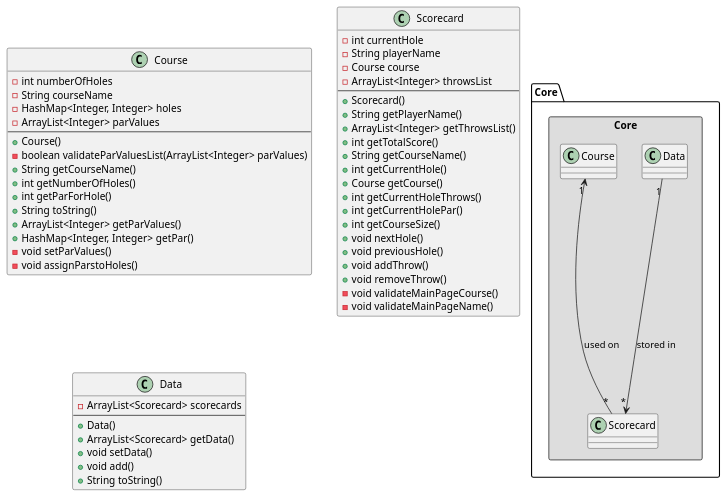
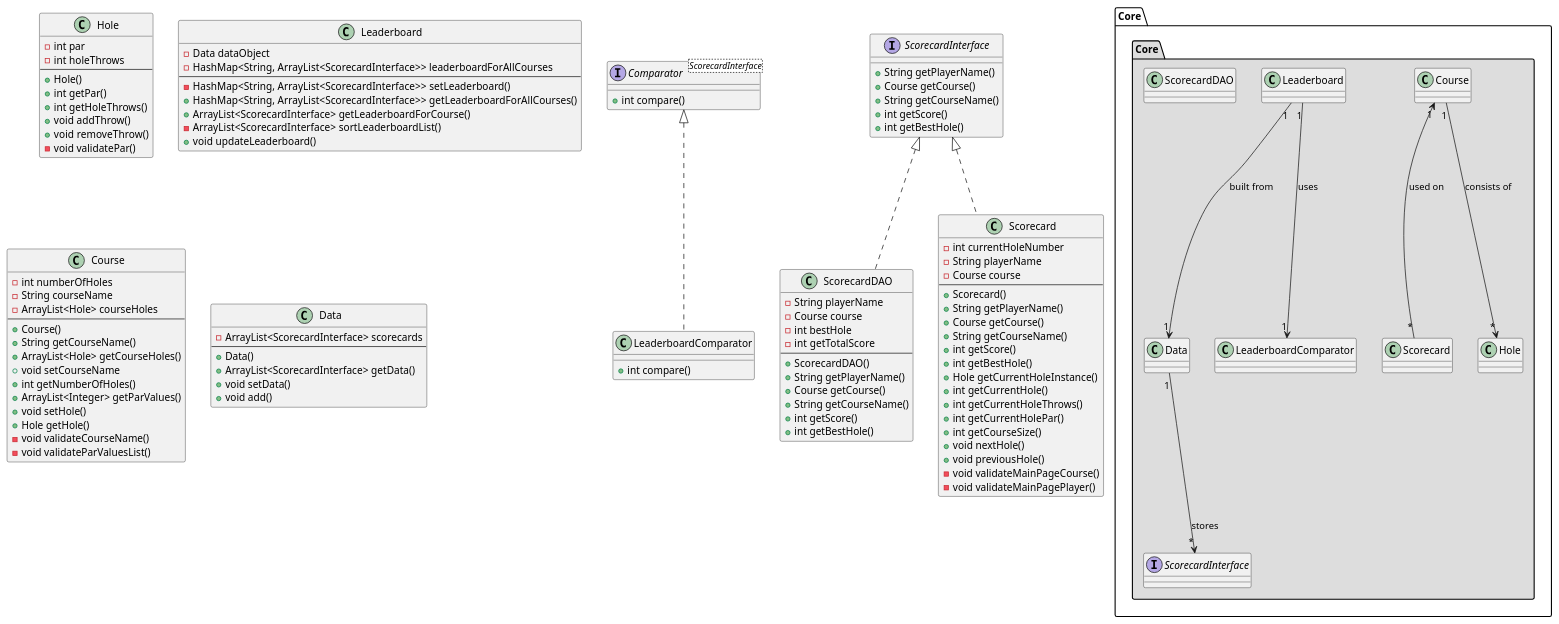
The diagram in docs/resources/diagramClass.plantuml (J0hans1/IT1901-DiscoGolf), drawn with PlantUML before and after one commit. The commit also changed 3 other files, not shown here.

First line of the commit message:
#103 Update PlantUML class-diagram for core module and add new .png

```diff
--- a/docs/resources/diagramClass.plantuml
+++ b/docs/resources/diagramClass.plantuml
@@ -1,60 +1,114 @@
 @startuml class
 
-package "Core.Core" <<rectangle>> #DDDDDD {
-    Data "1"-->"*" Scorecard : stored in
+package "Core.Core" <<folder>> #DDDDDD {
+    Data "1"-->"*" ScorecardInterface : stores
     Course "1"<--"*" Scorecard : used on
+    Course "1"-->"*" Hole : consists of
+    Leaderboard "1"-->"1" Data : built from
+    Leaderboard "1"-->"1" LeaderboardComparator : uses
+    class ScorecardDAO
+    interface ScorecardInterface
+}
+
+class Hole{
+    - int par
+    - int holeThrows
+    --
+    + Hole()
+    + int getPar()
+    + int getHoleThrows()
+    + void addThrow()
+    + void removeThrow()
+    - void validatePar()
+}
+
+class Leaderboard{
+    - Data dataObject
+    - HashMap<String, ArrayList<ScorecardInterface>> leaderboardForAllCourses
+    --
+    - HashMap<String, ArrayList<ScorecardInterface>> setLeaderboard()
+    + HashMap<String, ArrayList<ScorecardInterface>> getLeaderboardForAllCourses()
+    + ArrayList<ScorecardInterface> getLeaderboardForCourse()
+    - ArrayList<ScorecardInterface> sortLeaderboardList()
+    + void updateLeaderboard()
+}
+
+class LeaderboardComparator implements Comparator{
+    + int compare()
+}
+
+interface Comparator<ScorecardInterface>{
+    + int compare()
+}
+
+class ScorecardDAO implements ScorecardInterface{
+    - String playerName
+    - Course course
+    - int bestHole
+    - int getTotalScore
+    --
+    + ScorecardDAO()
+    + String getPlayerName()
+    + Course getCourse()
+    + String getCourseName()
+    + int getScore()
+    + int getBestHole()
+}
+
+interface ScorecardInterface {
+    + String getPlayerName()
+    + Course getCourse()
+    + String getCourseName()
+    + int getScore()
+    + int getBestHole()
+}
+
+Class Scorecard implements ScorecardInterface {
+    - int currentHoleNumber
+    - String playerName
+    - Course course
+    --
+    + Scorecard()
+    + String getPlayerName()
+    + Course getCourse()
+    + String getCourseName()
+    + int getScore()
+    + int getBestHole()
+    + Hole getCurrentHoleInstance()
+    + int getCurrentHole()
+    + int getCurrentHoleThrows()
+    + int getCurrentHolePar()
+    + int getCourseSize()
+    + void nextHole()
+    + void previousHole()
+    - void validateMainPageCourse()
+    - void validateMainPagePlayer()
 }
 
 class Course{   
     - int numberOfHoles
     - String courseName
-    - HashMap<Integer, Integer> holes
-    - ArrayList<Integer> parValues
+    - ArrayList<Hole> courseHoles
     --
     + Course()
-    - boolean validateParValuesList(ArrayList<Integer> parValues)
     + String getCourseName()
+    + ArrayList<Hole> getCourseHoles()
+    + void setCourseName
     + int getNumberOfHoles()
-    + int getParForHole()
-    + String toString()
     + ArrayList<Integer> getParValues()
-    + HashMap<Integer, Integer> getPar()
-    - void setParValues()
-    - void assignParstoHoles()
-}
-
-Class Scorecard {
-    - int currentHole
-    - String playerName
-    - Course course
-    - ArrayList<Integer> throwsList
-    --
-    + Scorecard()
-    + String getPlayerName()
-    + ArrayList<Integer> getThrowsList()
-    + int getTotalScore()
-    + String getCourseName()
-    + int getCurrentHole()
-    + Course getCourse()
-    + int getCurrentHoleThrows()
-    + int getCurrentHolePar()
-    + int getCourseSize()
-    + void nextHole()
-    + void previousHole()
-    + void addThrow()
-    + void removeThrow()
-    - void validateMainPageCourse()
-    - void validateMainPageName()
+    + void setHole()
+    + Hole getHole()
+    - void validateCourseName()
+    - void validateParValuesList()
 }
 
 Class Data {
-    - ArrayList<Scorecard> scorecards
+    - ArrayList<ScorecardInterface> scorecards
     --
     + Data()
-    + ArrayList<Scorecard> getData()
+    + ArrayList<ScorecardInterface> getData()
     + void setData()
     + void add()
-    + String toString()
 }
 
 @enduml
```
